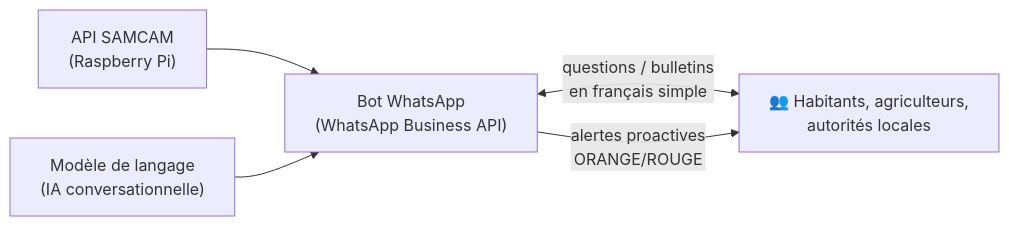
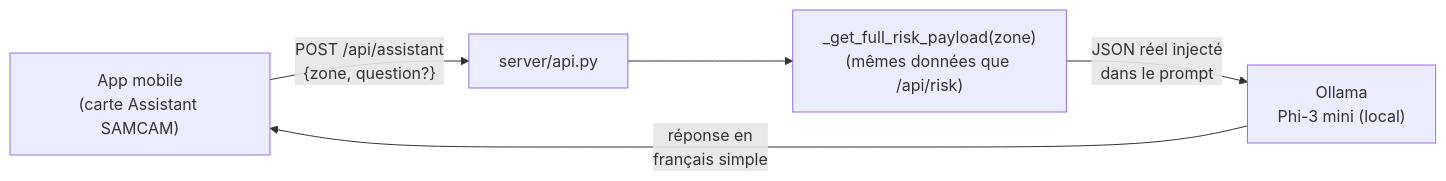
Before and after one commit to jeremygeorgesdurand-dev/SAMCAM: the fourth of 5 diagrams in docs/RAPPORT_SAMCAM.md, drawn with Mermaid. The commit also changed other lines of this file and 24 other files, not shown here.

First line of the commit message:
feat: Wire 10 new agricultural zones through backend, API, WhatsApp bot and Flutter app

````diff
--- a/docs/RAPPORT_SAMCAM.md
+++ b/docs/RAPPORT_SAMCAM.md
@@ -714,7 +752,7 @@
 ```mermaid
 flowchart LR
-    API["API SAMCAM<br/>(Raspberry Pi)"] --> BOT["Bot WhatsApp<br/>(WhatsApp Business API)"]
-    LLM["Modèle de langage<br/>(IA conversationnelle)"] --> BOT
-    BOT <-->|"questions / bulletins<br/>en français simple"| USERS["👥 Habitants, agriculteurs,<br/>autorités locales"]
-    BOT -->|"alertes proactives<br/>ORANGE/ROUGE"| USERS
+    APP["App mobile<br/>(carte Assistant SAMCAM)"] -->|"POST /api/assistant<br/>{zone, question?}"| API["server/api.py"]
+    API --> CALC["_get_full_risk_payload(zone)<br/>(mêmes données que /api/risk)"]
+    CALC -->|"JSON réel injecté<br/>dans le prompt"| OLLAMA["Ollama<br/>Phi-3 mini (local)"]
+    OLLAMA -->|"réponse en<br/>français simple"| APP
 ```
````
